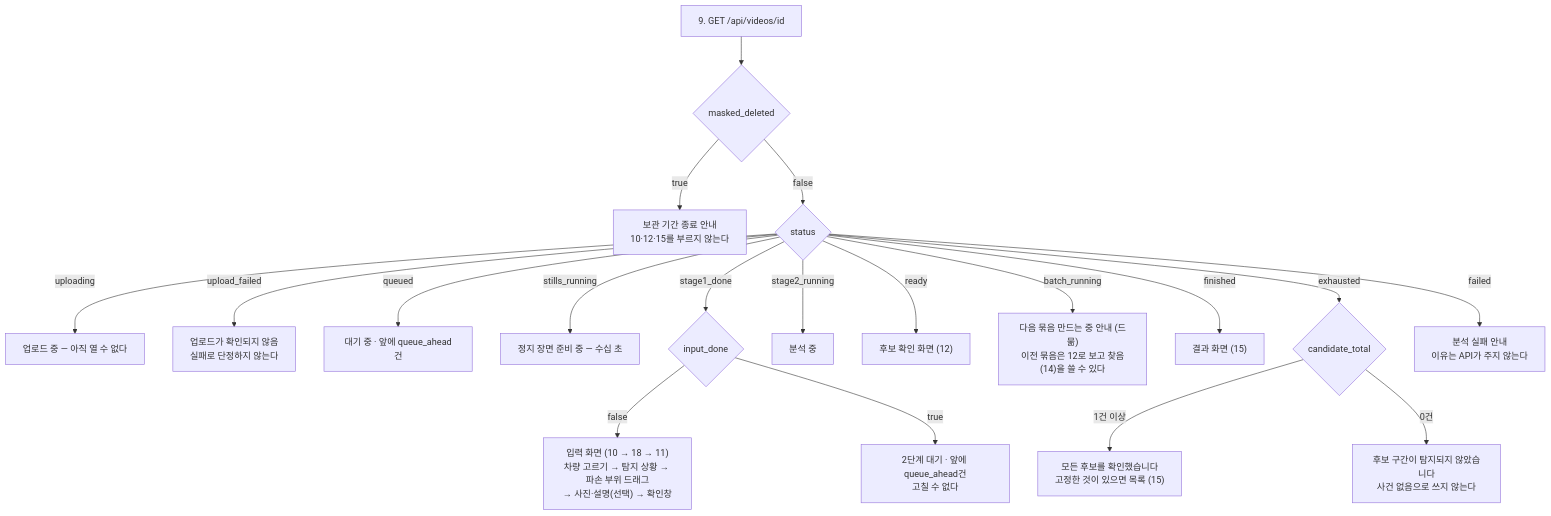
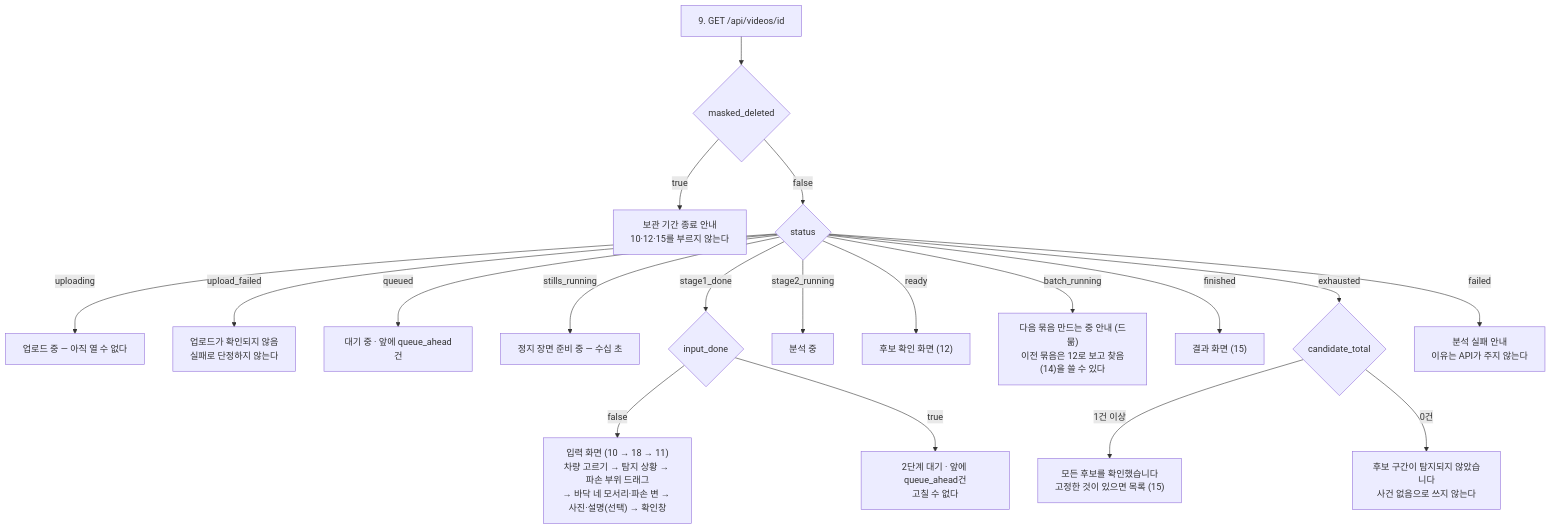
Before and after one commit to lG1l/parking_lot_detection: the second of 2 diagrams in docs/design/05-api.md, drawn with Mermaid. The commit also changed other lines of this file and 4 other files, not shown here.

````diff
--- a/docs/design/05-api.md
+++ b/docs/design/05-api.md
@@ -1080,22 +1118,22 @@
 ```mermaid
 flowchart TD
   P["9. GET /api/videos/id"] --> M{"masked_deleted"}
   M -->|"true"| EXP["보관 기간 종료 안내<br/>10·12·15를 부르지 않는다"]
   M -->|"false"| ST{"status"}
 
   ST -->|"uploading"| A["업로드 중 — 아직 열 수 없다"]
   ST -->|"upload_failed"| B["업로드가 확인되지 않음<br/>실패로 단정하지 않는다"]
   ST -->|"queued"| C["대기 중 · 앞에 queue_ahead건"]
   ST -->|"stills_running"| D["정지 장면 준비 중 — 수십 초"]
   ST -->|"stage1_done"| G{"input_done"}
-  G -->|"false"| E["입력 화면 (10 → 18 → 11)<br/>차량 고르기 → 탐지 상황 → 파손 부위 드래그<br/>→ 사진·설명(선택) → 확인창"]
+  G -->|"false"| E["입력 화면 (10 → 18 → 11)<br/>차량 고르기 → 탐지 상황 → 파손 부위 드래그<br/>→ 바닥 네 모서리·파손 변 → 사진·설명(선택) → 확인창"]
   G -->|"true"| H["2단계 대기 · 앞에 queue_ahead건<br/>고칠 수 없다"]
   ST -->|"stage2_running"| I["분석 중"]
   ST -->|"ready"| J["후보 확인 화면 (12)"]
   ST -->|"batch_running"| K["다음 묶음 만드는 중 안내 (드묾)<br/>이전 묶음은 12로 보고 찾음(14)을 쓸 수 있다"]
   ST -->|"finished"| N["결과 화면 (15)"]
   ST -->|"exhausted"| O{"candidate_total"}
   O -->|"1건 이상"| O1["모든 후보를 확인했습니다<br/>고정한 것이 있으면 목록 (15)"]
   O -->|"0건"| O2["후보 구간이 탐지되지 않았습니다<br/>사건 없음으로 쓰지 않는다"]
   ST -->|"failed"| Q["분석 실패 안내<br/>이유는 API가 주지 않는다"]
 ```
````
